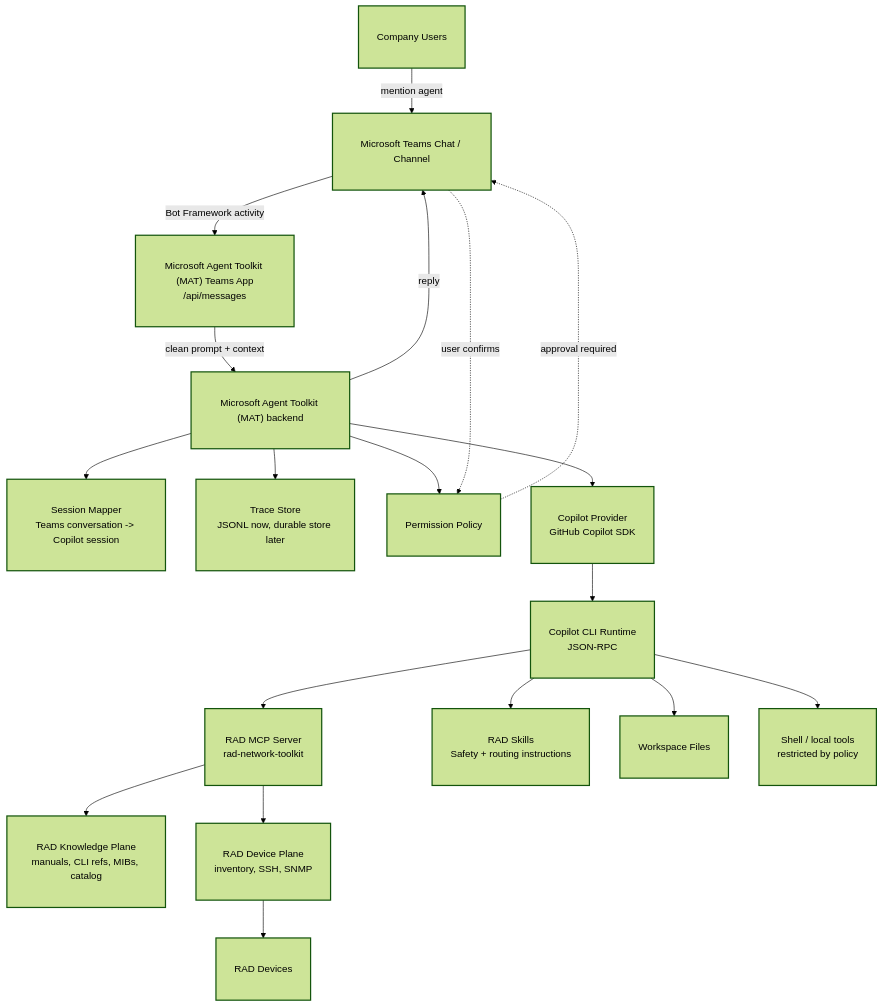
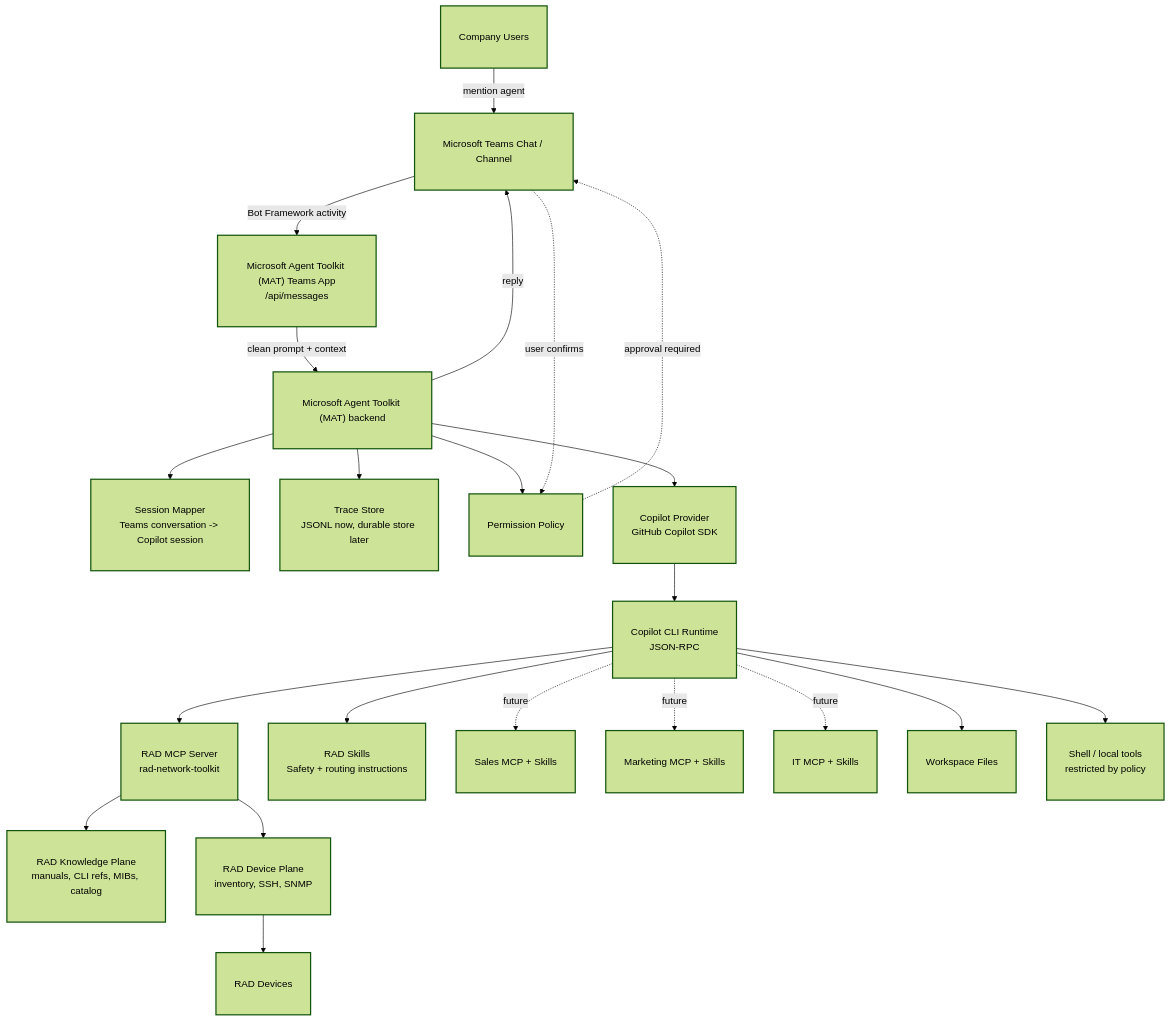
One commit to uzigolan/mat-m365-copilot-rad-agent changed the first of 5 diagrams in docs/m365-copilot-rad-agent-architecture.md. Above: the diagram before and after it, drawn with Mermaid (forest theme). The commit also changed other lines of this file and 2 other files, not shown here.

Commit message:
Document future business MCP domains

````diff
--- a/docs/m365-copilot-rad-agent-architecture.md
+++ b/docs/m365-copilot-rad-agent-architecture.md
@@ -77,30 +77,33 @@
 ```mermaid
 flowchart TD
     U[Company Users] -->|mention agent| T[Microsoft Teams Chat / Channel]
     T -->|Bot Framework activity| TA["Microsoft Agent Toolkit (MAT) Teams App<br/>/api/messages"]
 
     TA -->|clean prompt + context| MB["Microsoft Agent Toolkit (MAT) backend"]
     MB --> SM[Session Mapper\nTeams conversation -> Copilot session]
     MB --> TR[Trace Store\nJSONL now, durable store later]
     MB --> PP[Permission Policy]
 
     MB --> CP[Copilot Provider\nGitHub Copilot SDK]
     CP --> CR[Copilot CLI Runtime\nJSON-RPC]
 
     CR --> MCP[RAD MCP Server\nrad-network-toolkit]
     CR --> SK[RAD Skills\nSafety + routing instructions]
+    CR -. future .-> SALES["Sales MCP + Skills"]
+    CR -. future .-> MKT["Marketing MCP + Skills"]
+    CR -. future .-> IT["IT MCP + Skills"]
     CR --> FS[Workspace Files]
     CR --> SH[Shell / local tools\nrestricted by policy]
 
     MCP --> KP[RAD Knowledge Plane\nmanuals, CLI refs, MIBs, catalog]
     MCP --> DP[RAD Device Plane\ninventory, SSH, SNMP]
     DP --> DEV[RAD Devices]
 
     PP -. approval required .-> T
     T -. user confirms .-> PP
 
     MB -->|reply| T
 
     classDef blockBig font-size:16px,stroke-width:2px,padding:16px;
-    class U,T,TA,MB,SM,TR,PP,CP,CR,MCP,SK,FS,SH,KP,DP,DEV blockBig;
+    class U,T,TA,MB,SM,TR,PP,CP,CR,MCP,SK,SALES,MKT,IT,FS,SH,KP,DP,DEV blockBig;
 ```
````
